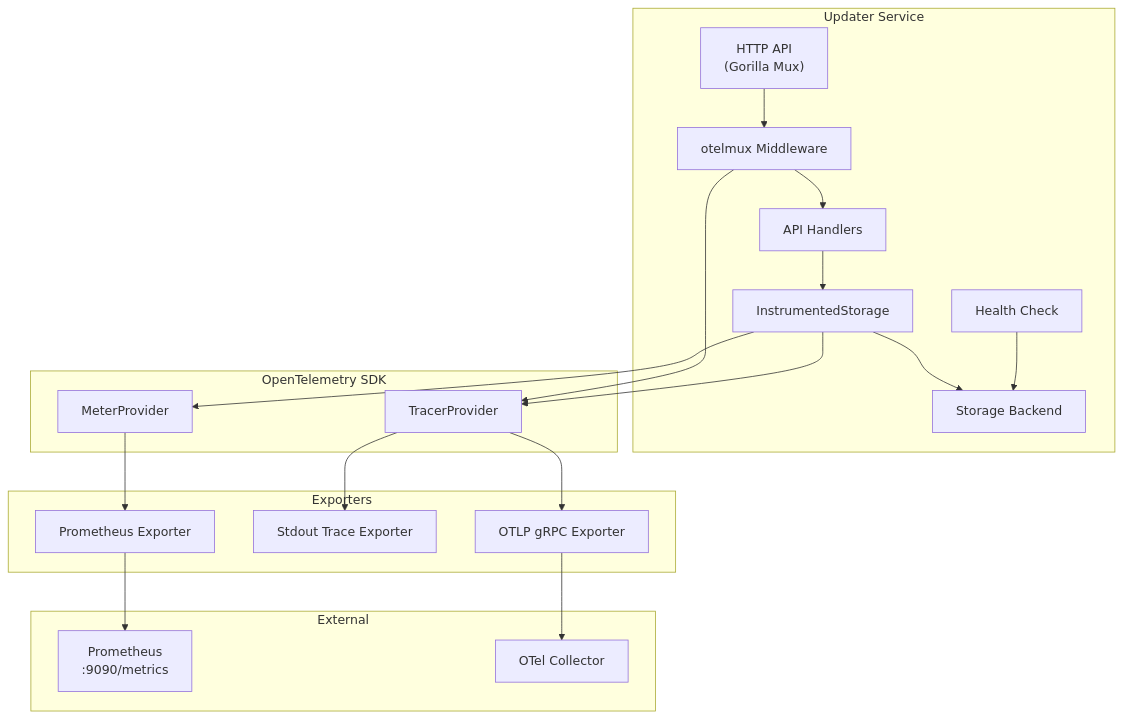
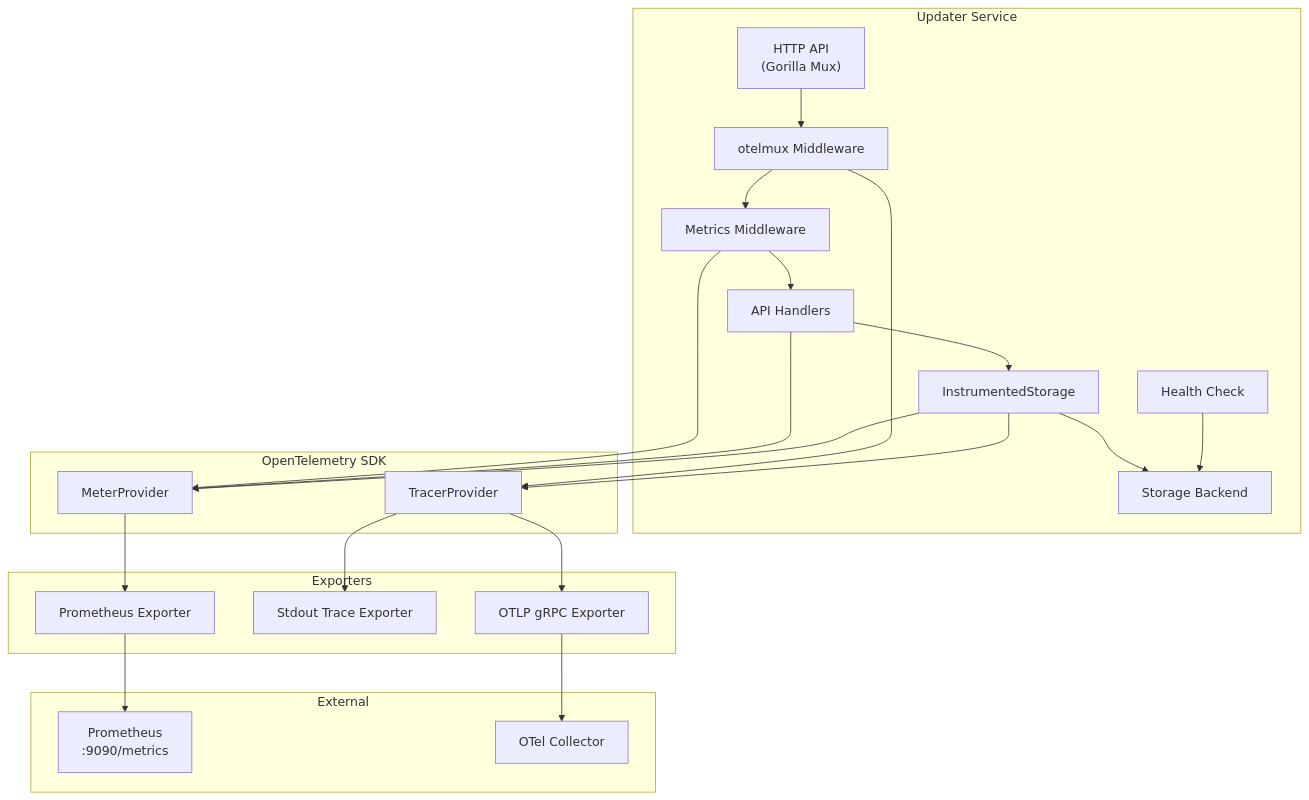
The first of 3 diagrams in docs/observability.md (griffinskudder/updater), drawn with Mermaid before and after one commit. The commit also changed other lines of this file and 77 other files, not shown here.

First line of the commit message:
refactor: architecture cleanup - remove dead code, add metrics (#26)

````diff
--- a/docs/observability.md
+++ b/docs/observability.md
@@ -7,42 +7,45 @@
 ```mermaid
 graph TB
     subgraph "Updater Service"
         API["HTTP API<br/>(Gorilla Mux)"]
         OTelMux["otelmux Middleware"]
+        MetricsMW["Metrics Middleware"]
         Handlers["API Handlers"]
         IS["InstrumentedStorage"]
         Storage["Storage Backend"]
         Health["Health Check"]
     end
 
     subgraph "OpenTelemetry SDK"
         TP["TracerProvider"]
         MP["MeterProvider"]
     end
 
     subgraph "Exporters"
         Prom["Prometheus Exporter"]
         Stdout["Stdout Trace Exporter"]
         OTLP["OTLP gRPC Exporter"]
     end
 
     subgraph "External"
         PromServer["Prometheus<br/>:9090/metrics"]
         Collector["OTel Collector"]
     end
 
-    API --> OTelMux --> Handlers
+    API --> OTelMux --> MetricsMW --> Handlers
     Handlers --> IS --> Storage
     Health --> Storage
 
     OTelMux --> TP
+    MetricsMW --> MP
+    Handlers --> MP
     IS --> TP
     IS --> MP
 
     TP --> Stdout
     TP --> OTLP
     MP --> Prom
 
     Prom --> PromServer
     OTLP --> Collector
 ```
````
